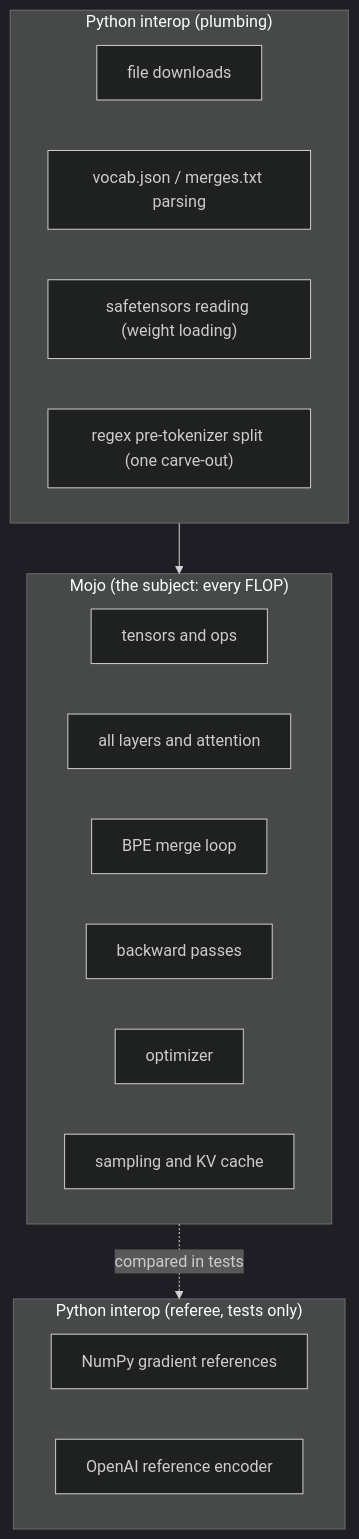
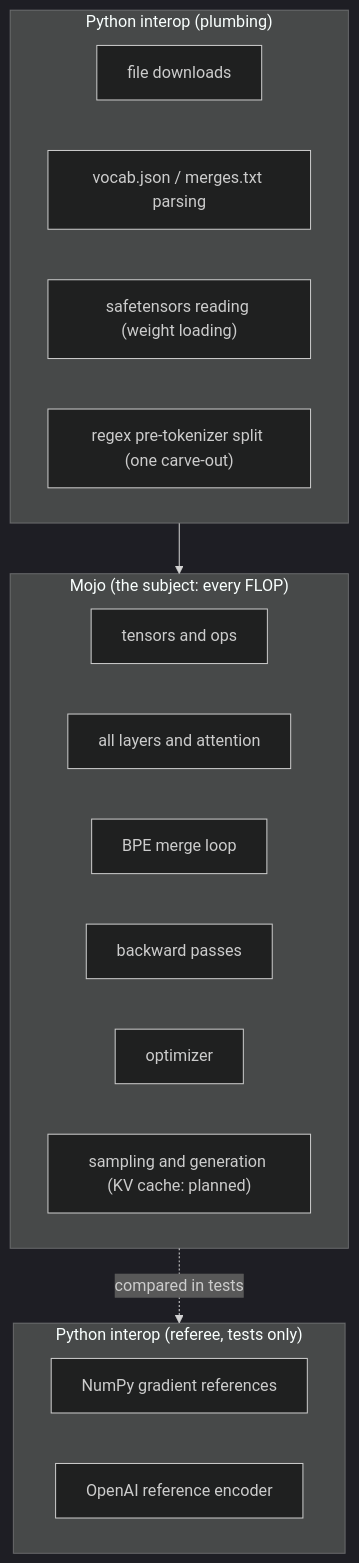
The fourth of 5 diagrams in ARCHITECTURE.md (mikeleppane/llm.mojo), drawn with Mermaid (dark theme) before and after one commit. The commit also changed other lines of this file and 2 other files, not shown here.

First line of the commit message:
docs: sync README, ARCHITECTURE, and PROGRESS with the source tree

````diff
--- a/ARCHITECTURE.md
+++ b/ARCHITECTURE.md
@@ -352,26 +375,26 @@
 ```mermaid
 flowchart TD
     subgraph mojo["Mojo (the subject: every FLOP)"]
         A["tensors and ops"]
         B["all layers and attention"]
         C["BPE merge loop"]
         D["backward passes"]
         E["optimizer"]
-        F["sampling and KV cache"]
+        F["sampling and generation (KV cache: planned)"]
     end
 
     subgraph plumbing["Python interop (plumbing)"]
         G["file downloads"]
         H["vocab.json / merges.txt parsing"]
         I["safetensors reading (weight loading)"]
         J["regex pre-tokenizer split (one carve-out)"]
     end
 
     subgraph referee["Python interop (referee, tests only)"]
         K["NumPy gradient references"]
         L["OpenAI reference encoder"]
     end
 
     plumbing --> mojo
     mojo -.->|compared in tests| referee
 ```
````
